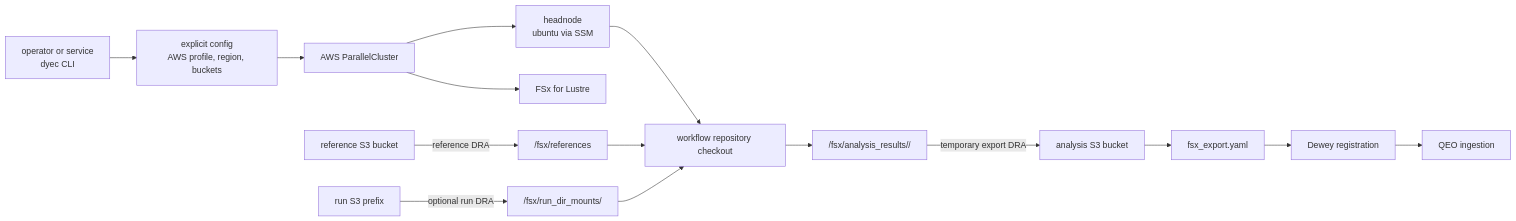
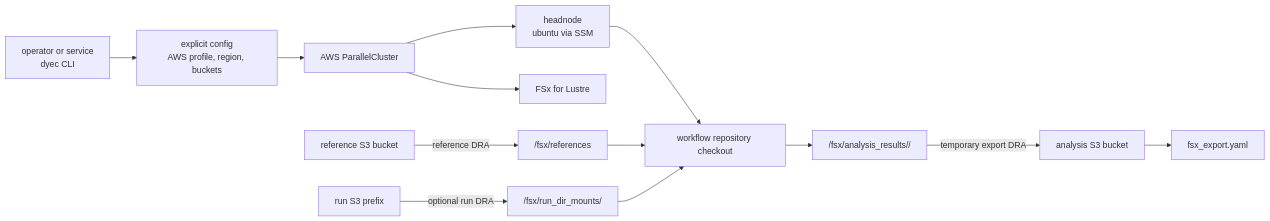
One commit to Daylily-Informatics/daylily-ephemeral-cluster changed the diagram in README.md. Above: the diagram before and after it, drawn with Mermaid. The commit also changed other lines of this file and 51 other files, not shown here.

````diff
--- a/README.md
+++ b/README.md
@@ -17,17 +55,15 @@
 ```mermaid
 flowchart LR
   Operator["operator or service<br/>dyec CLI"] --> Config["explicit config<br/>AWS profile, region, buckets"]
   Config --> Pcluster["AWS ParallelCluster"]
   Pcluster --> Headnode["headnode<br/>ubuntu via SSM"]
   Pcluster --> FSx["FSx for Lustre"]
   RefBucket["reference S3 bucket"] -->|reference DRA| References["/fsx/references"]
   RunBucket["run S3 prefix"] -->|optional run DRA| RunMount["/fsx/run_dir_mounts/<mount_id>"]
   Headnode --> Repo["workflow repository checkout"]
   References --> Repo
   RunMount --> Repo
   Repo --> Results["/fsx/analysis_results/<entity>/<analysis_id>"]
   Results -->|temporary export DRA| AnalysisBucket["analysis S3 bucket"]
   AnalysisBucket --> Receipt["fsx_export.yaml"]
-  Receipt --> Dewey["Dewey registration"]
-  Dewey --> QEO["QEO ingestion"]
 ```
````
